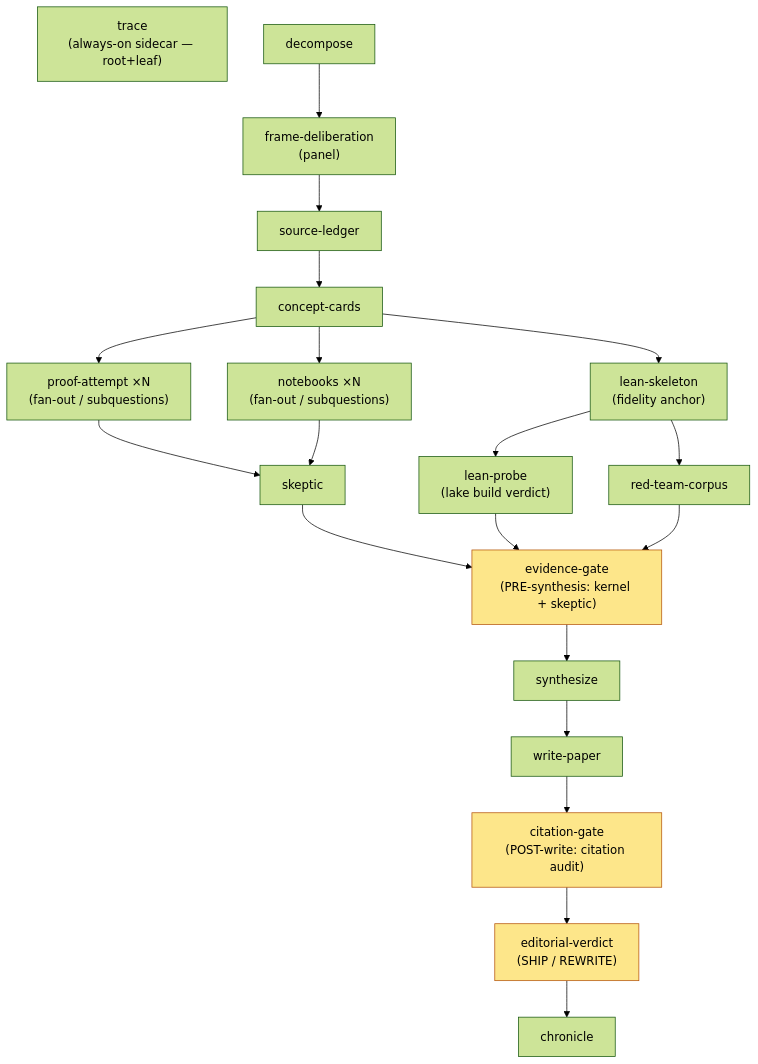
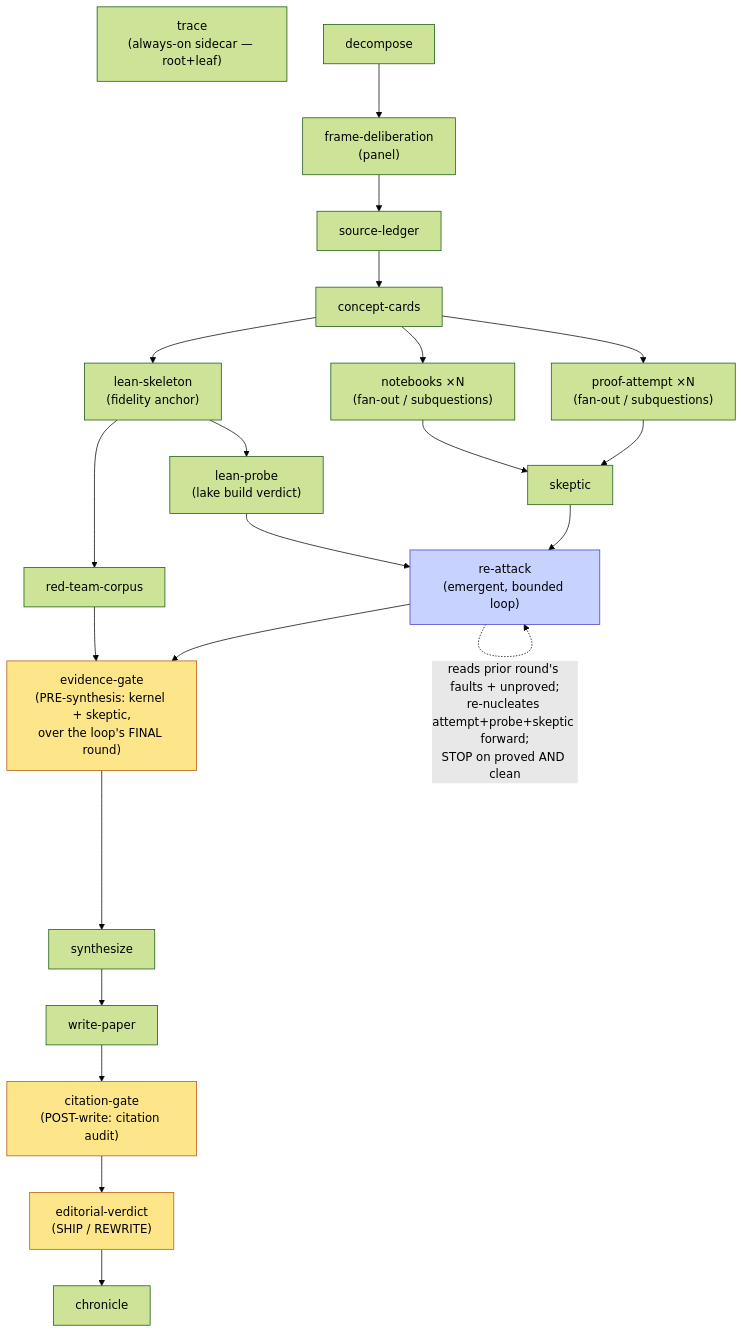
The second of 3 diagrams in spores/math-attack/README.md (noogram/sporarium), drawn with Mermaid (forest theme) before and after one commit. The commit also changed other lines of this file and 4 other files, not shown here.

First line of the commit message:
feat(math-attack v4): emergent re-attack loop + [bounds] + rounds param

````diff
--- a/spores/math-attack/README.md
+++ b/spores/math-attack/README.md
@@ -229,28 +244,33 @@
 ```mermaid
 flowchart TD
     trace["trace<br/>(always-on sidecar — root+leaf)"]
     decompose["decompose"] --> frame["frame-deliberation<br/>(panel)"]
     frame --> ledger["source-ledger"]
     ledger --> cards["concept-cards"]
 
     cards --> pa["proof-attempt ×N<br/>(fan-out / subquestions)"]
     cards --> nb["notebooks ×N<br/>(fan-out / subquestions)"]
     pa --> skeptic["skeptic"]
     nb --> skeptic
 
     cards --> lean["lean-skeleton<br/>(fidelity anchor)"]
     lean --> probe["lean-probe<br/>(lake build verdict)"]
     lean --> corpus["red-team-corpus"]
 
-    skeptic --> evidence["evidence-gate<br/>(PRE-synthesis: kernel + skeptic)"]
-    probe --> evidence
+    skeptic --> react["re-attack<br/>(emergent, bounded loop)"]
+    probe --> react
+    react -.->|"reads prior round's faults + unproved;<br/>re-nucleates attempt+probe+skeptic forward;<br/>STOP on proved AND clean"| react
+
+    react --> evidence["evidence-gate<br/>(PRE-synthesis: kernel + skeptic,<br/>over the loop's FINAL round)"]
     corpus --> evidence
     evidence --> synth["synthesize"]
     synth --> paper["write-paper"]
     paper --> citation["citation-gate<br/>(POST-write: citation audit)"]
     citation --> editorial["editorial-verdict<br/>(SHIP / REWRITE)"]
     editorial --> chronicle["chronicle"]
 
     classDef gate fill:#fde68a,stroke:#b45309,color:#000;
     class evidence,citation,editorial gate
+    classDef loop fill:#c7d2fe,stroke:#4338ca,color:#000;
+    class react loop
 ```
````
